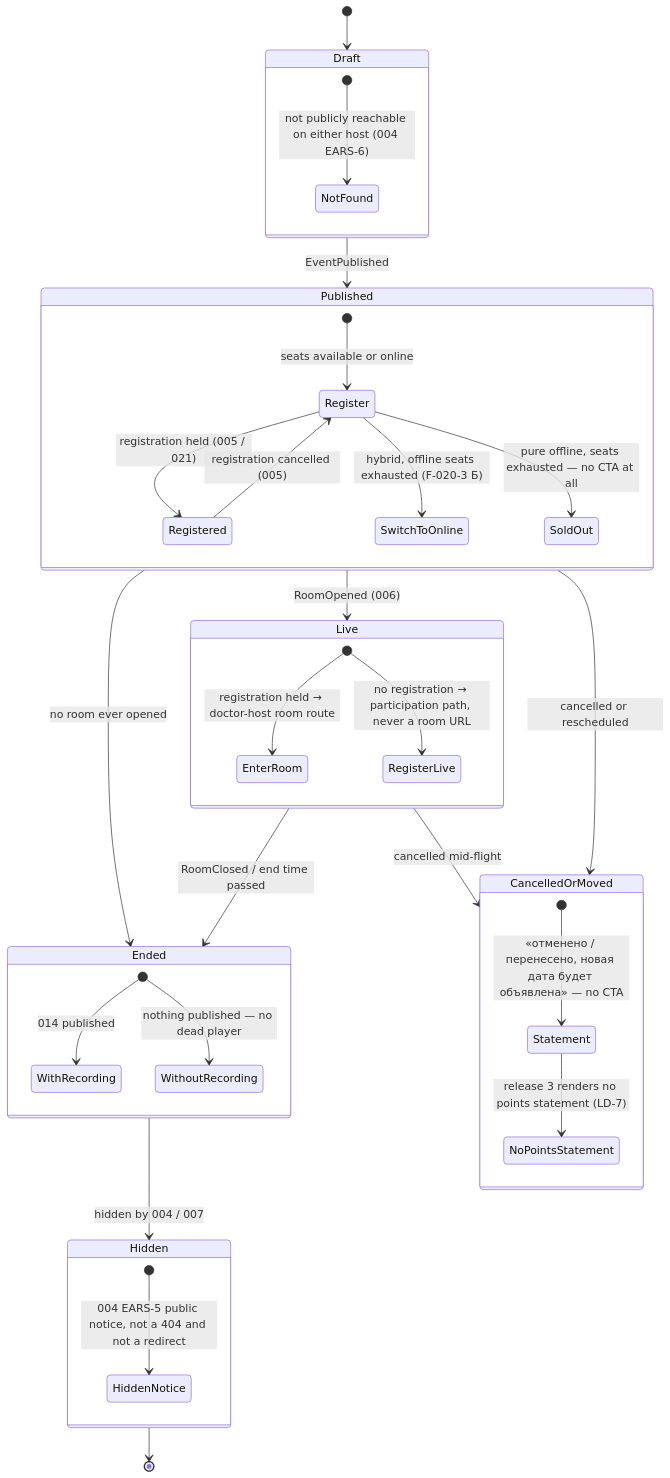
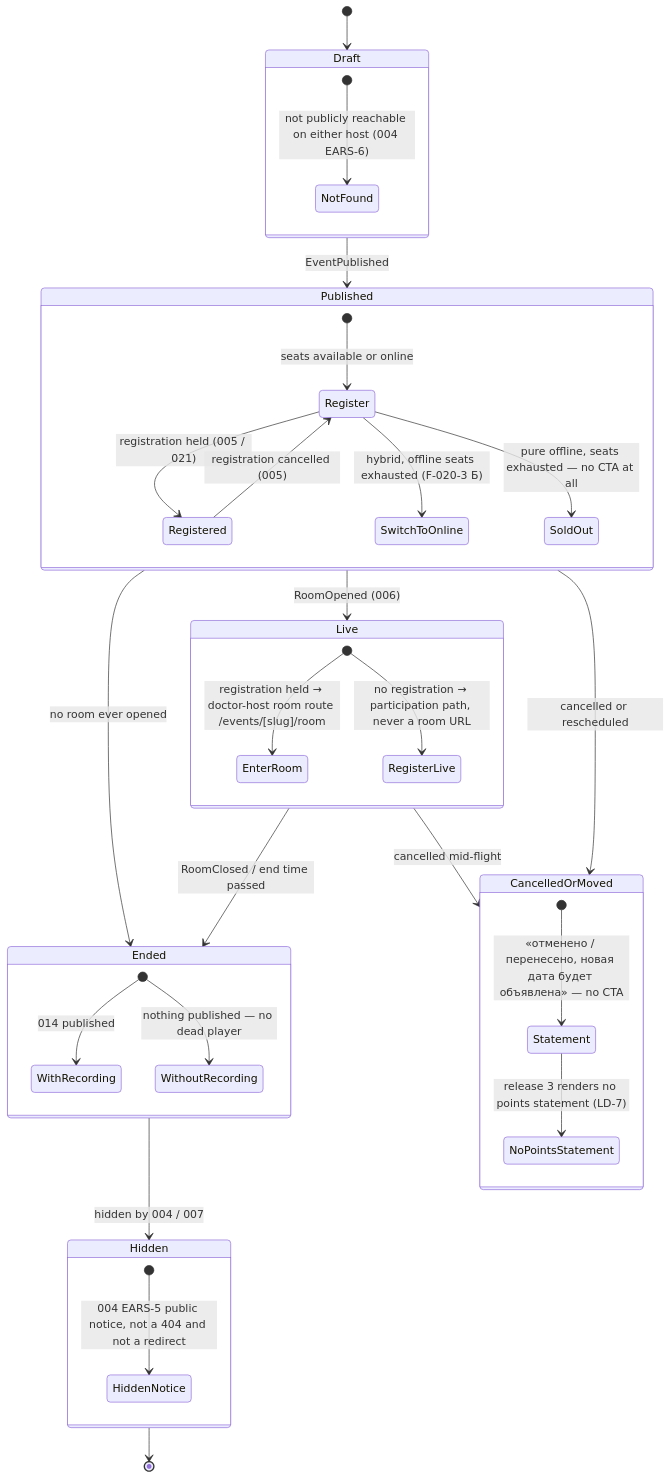
One commit to doctor-school/ds-platform changed the third of 4 diagrams in apps/docs/content/specs/features/020-event-page-two-storefronts/020-design.md. Above: the diagram before and after it, drawn with Mermaid. The commit also changed other lines of this file and 6 other files, not shown here.

First line of the commit message:
docs(1722): record the doctor room route /events/[slug]/room and the packages/room target in 019/020 + capability registry (#1864)

````diff
--- a/apps/docs/content/specs/features/020-event-page-two-storefronts/020-design.md
+++ b/apps/docs/content/specs/features/020-event-page-two-storefronts/020-design.md
@@ -101,38 +101,38 @@
 ```mermaid
 stateDiagram-v2
   [*] --> Draft
   Draft --> Published: EventPublished
   Published --> Live: RoomOpened (006)
   Live --> Ended: RoomClosed / end time passed
   Published --> Ended: no room ever opened
   Ended --> Hidden: hidden by 004 / 007
   Published --> CancelledOrMoved: cancelled or rescheduled
   Live --> CancelledOrMoved: cancelled mid-flight
   Hidden --> [*]
 
   state Draft {
     [*] --> NotFound: not publicly reachable on either host (004 EARS-6)
   }
   state Published {
     [*] --> Register: seats available or online
     Register --> Registered: registration held (005 / 021)
     Register --> SwitchToOnline: hybrid, offline seats exhausted (F-020-3 Б)
     Register --> SoldOut: pure offline, seats exhausted — no CTA at all
     Registered --> Register: registration cancelled (005)
   }
   state Live {
-    [*] --> EnterRoom: registration held → doctor-host room route
+    [*] --> EnterRoom: registration held → doctor-host room route /events/[slug]/room
     [*] --> RegisterLive: no registration → participation path, never a room URL
   }
   state Ended {
     [*] --> WithRecording: 014 published
     [*] --> WithoutRecording: nothing published — no dead player
   }
   state Hidden {
     [*] --> HiddenNotice: 004 EARS-5 public notice, not a 404 and not a redirect
   }
   state CancelledOrMoved {
     [*] --> Statement: «отменено / перенесено, новая дата будет объявлена» — no CTA
     Statement --> NoPointsStatement: release 3 renders no points statement (LD-7)
   }
 ```
````
